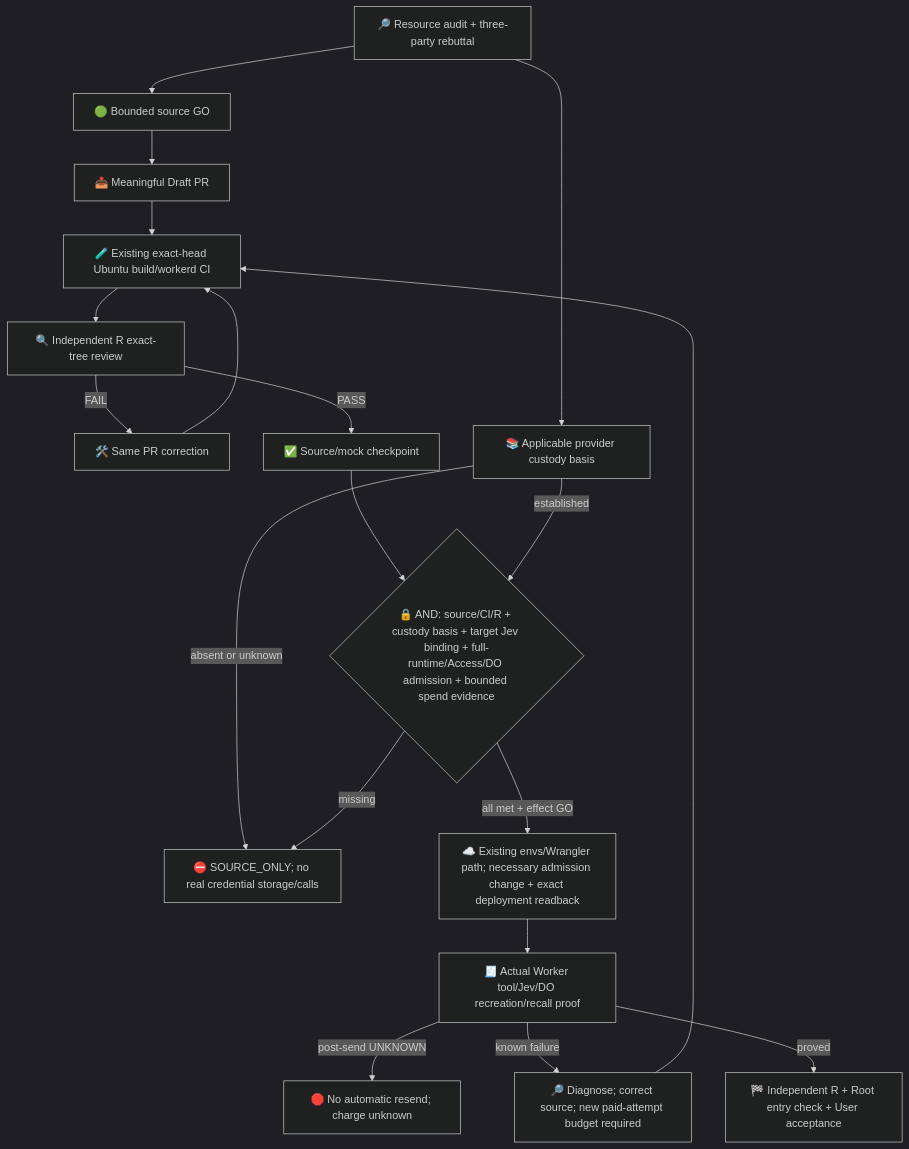
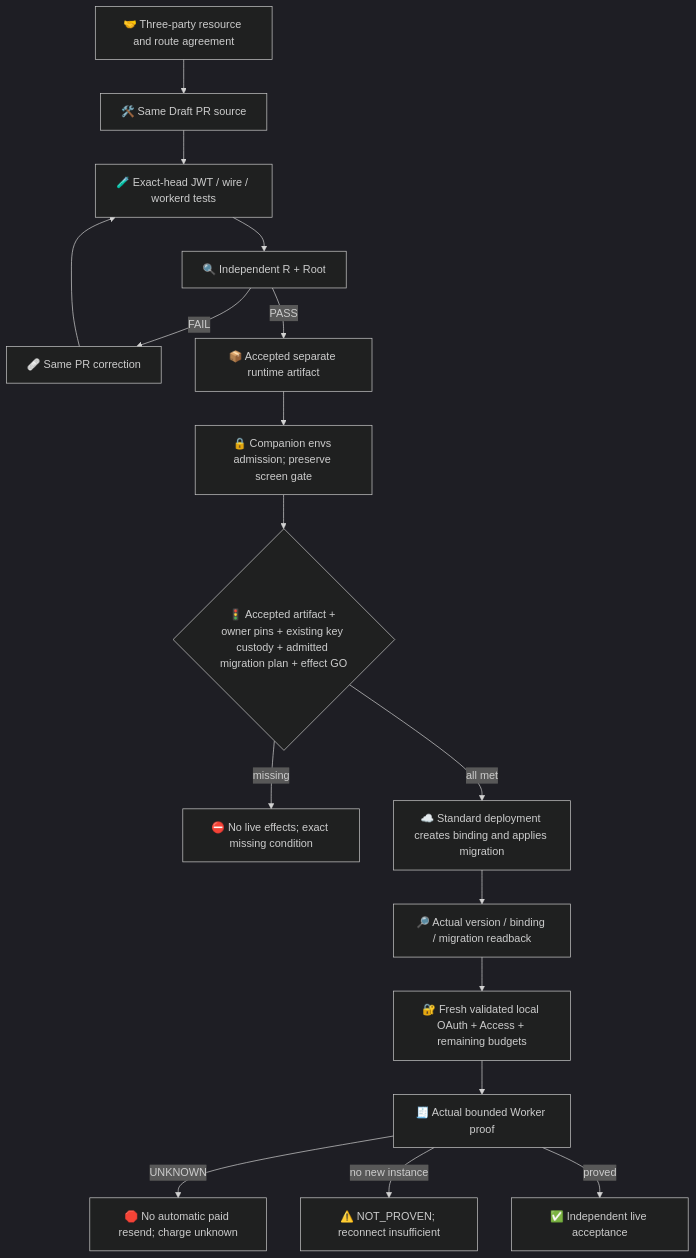
The third of 3 diagrams in experiments/pi-worker-proof/README.md (roccho-org/ops), drawn with Mermaid (dark theme) before and after one commit. The commit also changed other lines of this file and 5 other files, not shown here.

Commit message:
Verify-transient-wire-and-recreation-boundaries

````diff
--- a/experiments/pi-worker-proof/README.md
+++ b/experiments/pi-worker-proof/README.md
@@ -51,19 +35,18 @@
 ```mermaid
 flowchart TB
-  Audit["🔎 Resource audit + three-party rebuttal"] --> GO["🟢 Bounded source GO"]
-  GO --> PR["📤 Meaningful Draft PR"] --> CI["🧪 Existing exact-head Ubuntu build/workerd CI"]
-  CI --> R["🔍 Independent R exact-tree review"]
-  R -->|FAIL| Fix["🛠️ Same PR correction"] --> CI
-  R -->|PASS| Source["✅ Source/mock checkpoint"]
-  Audit --> Basis["📚 Applicable provider custody basis"]
-  Basis -->|absent or unknown| Block["⛔ SOURCE_ONLY; no real credential storage/calls"]
-  Source --> Gate{"🔒 AND: source/CI/R + custody basis + target Jev binding + full-runtime/Access/DO admission + bounded spend evidence"}
-  Basis -->|established| Gate
-  Gate -->|missing| Block
-  Gate -->|all met + effect GO| Deploy["☁️ Existing envs/Wrangler path; necessary admission change + exact deployment readback"]
-  Deploy --> Live["🧾 Actual Worker tool/Jev/DO recreation/recall proof"]
-  Live -->|post-send UNKNOWN| Stop["🛑 No automatic resend; charge unknown"]
-  Live -->|known failure| Diagnose["🔎 Diagnose; correct source; new paid-attempt budget required"]
-  Diagnose --> CI
-  Live -->|proved| Done["🏁 Independent R + Root entry check + User acceptance"]
+  Agree["🤝 Three-party resource and route agreement"] --> Source["🛠️ Same Draft PR source"]
+  Source --> CI["🧪 Exact-head JWT / wire / workerd tests"]
+  CI --> Review["🔍 Independent R + Root"]
+  Review -->|FAIL| Fix["🩹 Same PR correction"] --> CI
+  Review -->|PASS| Artifact["📦 Accepted separate runtime artifact"]
+  Artifact --> Envs["🔒 Companion envs admission; preserve screen gate"]
+  Envs --> Gate{"🚦 Accepted artifact + owner pins + existing key custody + admitted migration plan + effect GO"}
+  Gate -->|missing| Stop["⛔ No live effects; exact missing condition"]
+  Gate -->|all met| Deploy["☁️ Standard deployment creates binding and applies migration"]
+  Deploy --> Readback["🔎 Actual version / binding / migration readback"]
+  Readback --> OAuth["🔐 Fresh validated local OAuth + Access + remaining budgets"]
+  OAuth --> Live["🧾 Actual bounded Worker proof"]
+  Live -->|UNKNOWN| Halt["🛑 No automatic paid resend; charge unknown"]
+  Live -->|no new instance| NoProof["⚠️ NOT_PROVEN; reconnect insufficient"]
+  Live -->|proved| Done["✅ Independent live acceptance"]
 ```
````
